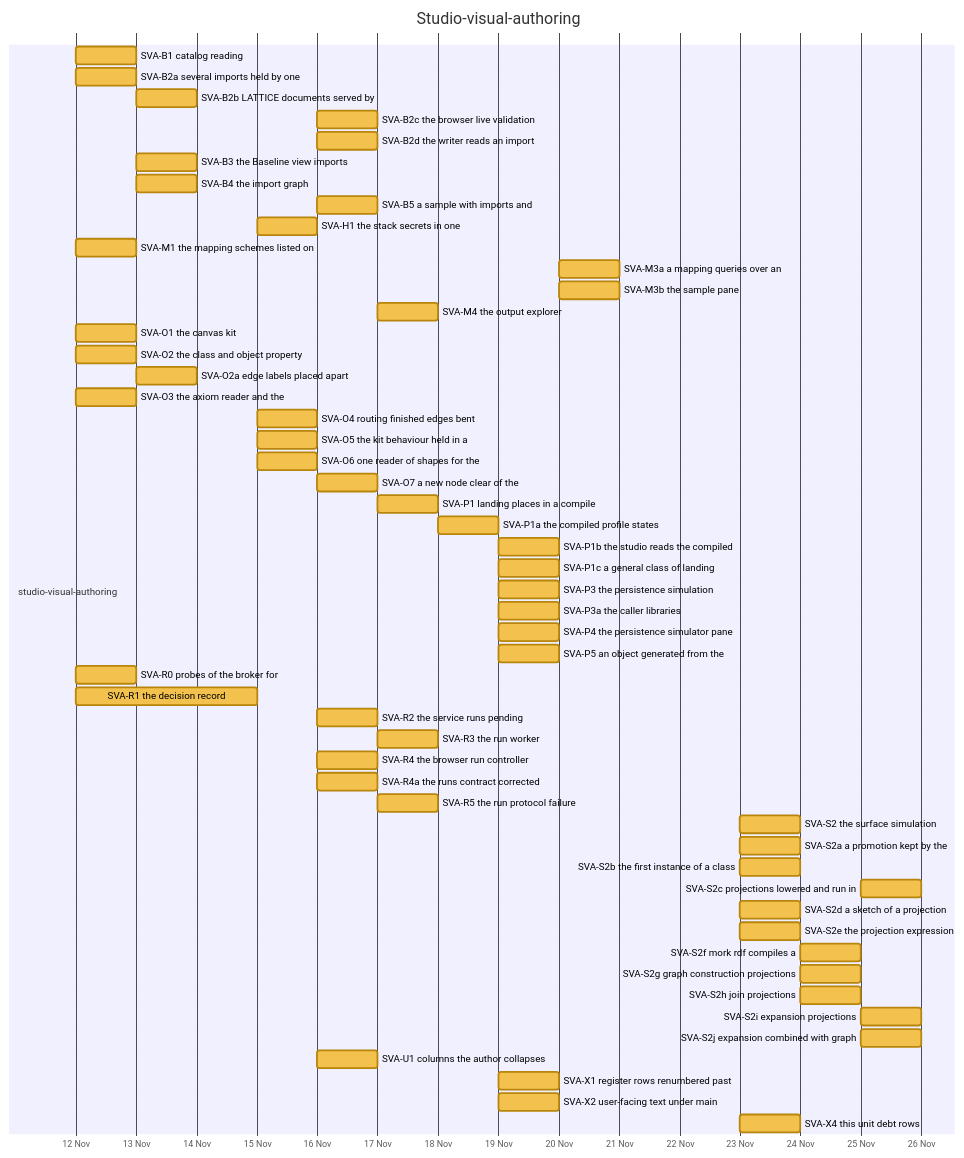
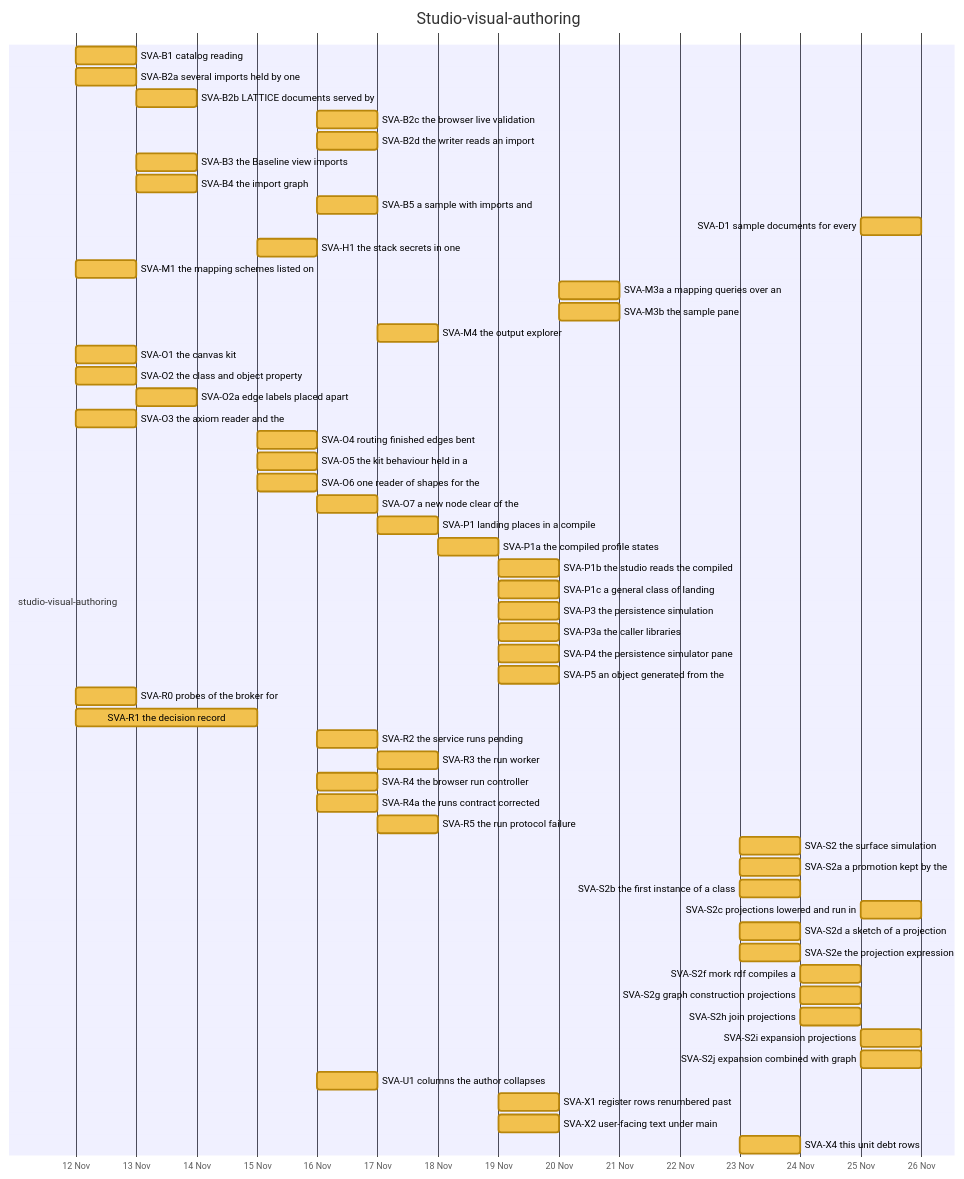
Diagram 16 of 32 in docs/developer/ROADMAP.md (nebularis/lattice), drawn with Mermaid before and after one commit. The commit also changed other lines of this file and 16 other files, not shown here.

First line of the commit message:
[studio-visual-authoring] SVA-D1 built, the LegalRuleML documents and the RDF the pack reads

````diff
--- a/docs/developer/ROADMAP.md
+++ b/docs/developer/ROADMAP.md
@@ -484,59 +485,60 @@
 ```mermaid
 %%{init: {"themeVariables": {"taskBkgColor": "#f2c14e", "taskBorderColor": "#b8860b", "taskTextColor": "#000000", "activeTaskBkgColor": "#4e9af1", "activeTaskBorderColor": "#1f5fbf", "activeTaskBorderColor": "#1f5fbf", "doneTaskBkgColor": "#8fcf8f", "doneTaskBorderColor": "#2f7d32", "critBkgColor": "#f28b82", "critBorderColor": "#b23a30", "taskTextDarkColor": "#000000", "taskTextLightColor": "#000000"}}}%%
 gantt
     title Studio-visual-authoring
     dateFormat YYYY-MM-DD
     axisFormat %d %b
     section studio-visual-authoring
     SVA-B1 catalog reading :svab1, 2026-11-12, 2026-11-13
     SVA-B2a several imports held by one :svab2a, 2026-11-12, 2026-11-13
     SVA-B2b LATTICE documents served by :svab2b, 2026-11-13, 2026-11-14
     SVA-B2c the browser live validation :svab2c, 2026-11-16, 2026-11-17
     SVA-B2d the writer reads an import :svab2d, 2026-11-16, 2026-11-17
     SVA-B3 the Baseline view imports :svab3, 2026-11-13, 2026-11-14
     SVA-B4 the import graph :svab4, 2026-11-13, 2026-11-14
     SVA-B5 a sample with imports and :svab5, 2026-11-16, 2026-11-17
+    SVA-D1 sample documents for every :svad1, 2026-11-25, 2026-11-26
     SVA-H1 the stack secrets in one :svah1, 2026-11-15, 2026-11-16
     SVA-M1 the mapping schemes listed on :svam1, 2026-11-12, 2026-11-13
     SVA-M3a a mapping queries over an :svam3a, 2026-11-20, 2026-11-21
     SVA-M3b the sample pane :svam3b, 2026-11-20, 2026-11-21
     SVA-M4 the output explorer :svam4, 2026-11-17, 2026-11-18
     SVA-O1 the canvas kit :svao1, 2026-11-12, 2026-11-13
     SVA-O2 the class and object property :svao2, 2026-11-12, 2026-11-13
     SVA-O2a edge labels placed apart :svao2a, 2026-11-13, 2026-11-14
     SVA-O3 the axiom reader and the :svao3, 2026-11-12, 2026-11-13
     SVA-O4 routing finished edges bent :svao4, 2026-11-15, 2026-11-16
     SVA-O5 the kit behaviour held in a :svao5, 2026-11-15, 2026-11-16
     SVA-O6 one reader of shapes for the :svao6, 2026-11-15, 2026-11-16
     SVA-O7 a new node clear of the :svao7, 2026-11-16, 2026-11-17
     SVA-P1 landing places in a compile :svap1, 2026-11-17, 2026-11-18
     SVA-P1a the compiled profile states :svap1a, 2026-11-18, 2026-11-19
     SVA-P1b the studio reads the compiled :svap1b, 2026-11-19, 2026-11-20
     SVA-P1c a general class of landing :svap1c, 2026-11-19, 2026-11-20
     SVA-P3 the persistence simulation :svap3, 2026-11-19, 2026-11-20
     SVA-P3a the caller libraries :svap3a, 2026-11-19, 2026-11-20
     SVA-P4 the persistence simulator pane :svap4, 2026-11-19, 2026-11-20
     SVA-P5 an object generated from the :svap5, 2026-11-19, 2026-11-20
     SVA-R0 probes of the broker for :svar0, 2026-11-12, 2026-11-13
     SVA-R1 the decision record :svar1, 2026-11-12, 2026-11-15
     SVA-R2 the service runs pending :svar2, 2026-11-16, 2026-11-17
     SVA-R3 the run worker :svar3, 2026-11-17, 2026-11-18
     SVA-R4 the browser run controller :svar4, 2026-11-16, 2026-11-17
     SVA-R4a the runs contract corrected :svar4a, 2026-11-16, 2026-11-17
     SVA-R5 the run protocol failure :svar5, 2026-11-17, 2026-11-18
     SVA-S2 the surface simulation :svas2, 2026-11-23, 2026-11-24
     SVA-S2a a promotion kept by the :svas2a, 2026-11-23, 2026-11-24
     SVA-S2b the first instance of a class :svas2b, 2026-11-23, 2026-11-24
     SVA-S2c projections lowered and run in :svas2c, 2026-11-25, 2026-11-26
     SVA-S2d a sketch of a projection :svas2d, 2026-11-23, 2026-11-24
     SVA-S2e the projection expression :svas2e, 2026-11-23, 2026-11-24
     SVA-S2f mork rdf compiles a :svas2f, 2026-11-24, 2026-11-25
     SVA-S2g graph construction projections :svas2g, 2026-11-24, 2026-11-25
     SVA-S2h join projections :svas2h, 2026-11-24, 2026-11-25
     SVA-S2i expansion projections :svas2i, 2026-11-25, 2026-11-26
     SVA-S2j expansion combined with graph :svas2j, 2026-11-25, 2026-11-26
     SVA-U1 columns the author collapses :svau1, 2026-11-16, 2026-11-17
     SVA-X1 register rows renumbered past :svax1, 2026-11-19, 2026-11-20
     SVA-X2 user-facing text under main :svax2, 2026-11-19, 2026-11-20
     SVA-X4 this unit debt rows :svax4, 2026-11-23, 2026-11-24
 ```
````
